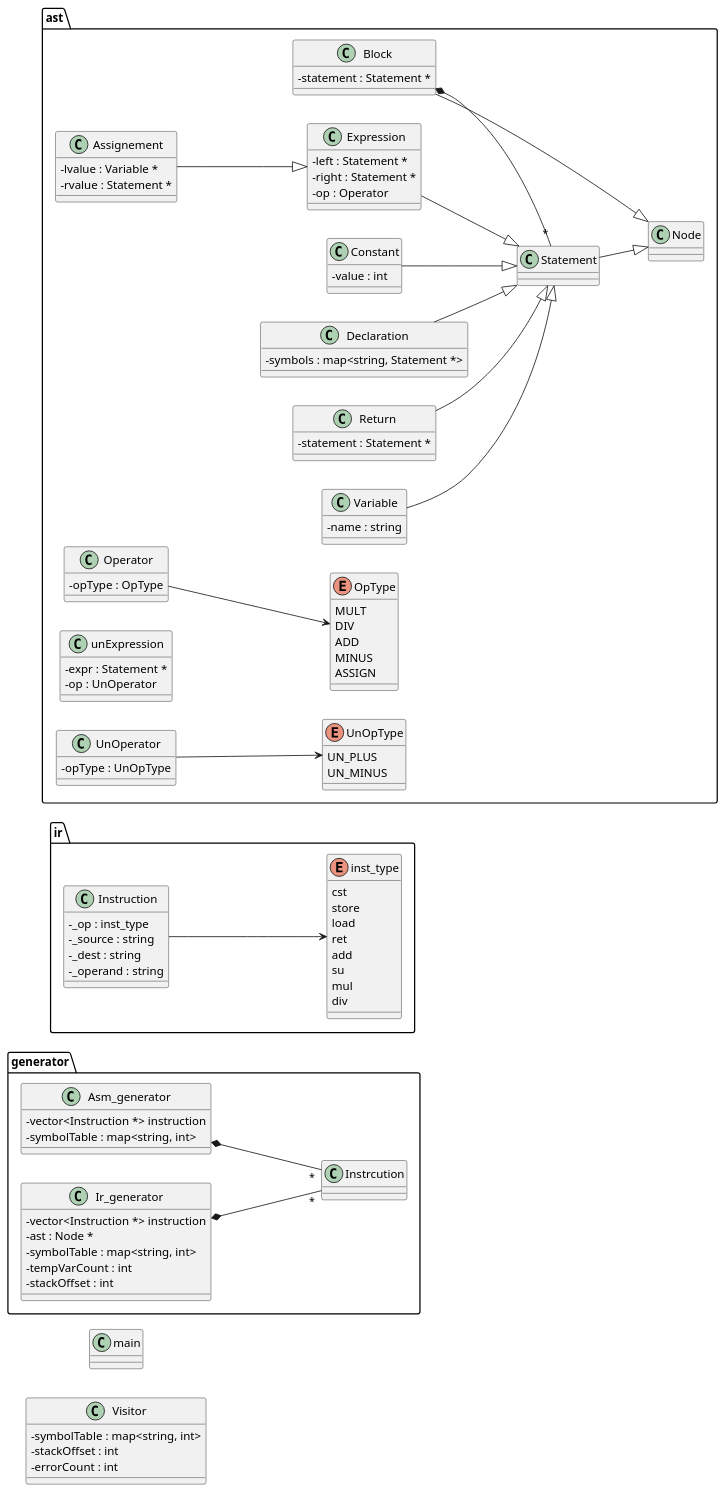
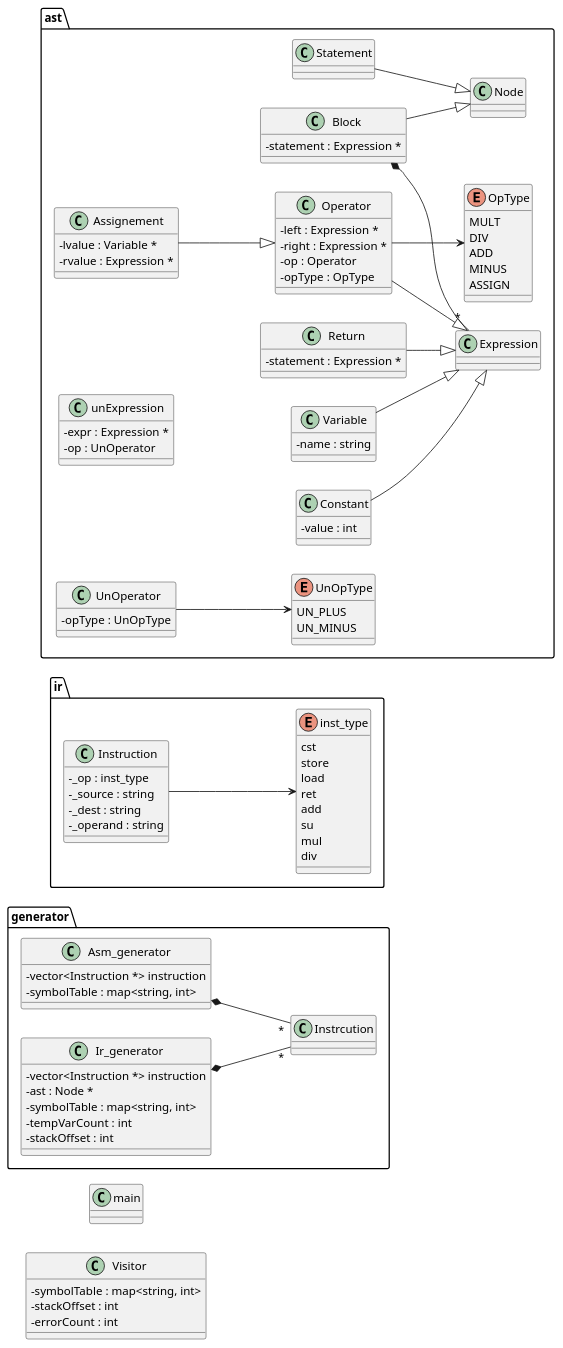
The diagram in res/diagram.puml (theochp/c-antlr-compiler), drawn with PlantUML before and after one commit. The commit also changed 51 other files, not shown here.

```diff
--- a/res/diagram.puml
+++ b/res/diagram.puml
@@ -1,143 +1,138 @@
 @startuml
 skinparam classAttributeIconSize 0
 left to right direction
 
 package generator{
 
     Asm_generator *-- "*" Instrcution
 
     class Asm_generator{
         -vector<Instruction *> instruction
         -symbolTable : map<string, int>
     }
 
     
     Ir_generator *-- "*" Instrcution
 
     class Ir_generator{
         -vector<Instruction *> instruction
         -ast : Node *
         -symbolTable : map<string, int>
         -tempVarCount : int
         -stackOffset : int
     }
 
 }
 
 package ir{
 
     Instruction --> inst_type
 
     class Instruction{
         -_op : inst_type
         -_source : string
         -_dest : string
         -_operand : string
     }
 
     enum inst_type {
         cst
         store
         load
         ret
         add
         su
         mul
         div
     }
 }
 
 
 package ast{
 
     Statement --|> Node
-    Assignement --|> Expression
+    Assignement --|> Operator
     Block --|> Node
-    Constant --|> Statement
-    Declaration --|> Statement
-    Expression --|> Statement
-    Return --|> Statement
-    Variable --|> Statement
+    Constant --|> Expression
+    Operator --|> Expression
+    Return --|> Expression
+    Variable --|> Expression
 
-    Block *-- "*" Statement
+    Block *-- "*" Expression
     
     class Node{
         
     }
 
     class Assignement{
         -lvalue : Variable *
-        -rvalue : Statement *
+        -rvalue : Expression *
     }
     
     class Block{
-        -statement : Statement *
+        -statement : Expression *
     }
     
     class Constant{
         -value : int
     }
     
-    class Declaration{
-        -symbols : map<string, Statement *>
-    }
-    
-    class Expression{
-        -left : Statement *
-        -right : Statement *
+    class Operator{
+        -left : Expression *
+        -right : Expression *
         -op : Operator
     }
     
     Operator --> OpType
     class Operator{
         -opType : OpType
     }
     
     enum OpType {
         MULT
         DIV
         ADD
         MINUS
         ASSIGN
     }
 
     
     class Return{
-        -statement : Statement *
+        -statement : Expression *
     }
     
     class unExpression{
-        -expr : Statement *
+        -expr : Expression *
         -op : UnOperator
     }
     UnOperator --> UnOpType
     class UnOperator{
         -opType : UnOpType
     }
 
     enum UnOpType{
         UN_PLUS
         UN_MINUS
     }
 
-    class Statement{
+    class Expression{
         
     }
     
     class Variable{
         -name : string
     }
 
 }
     
 class Visitor{
     -symbolTable : map<string, int>
     -stackOffset : int
     -errorCount : int
 }
 
 class main{
 
 }
 
 @enduml
```
